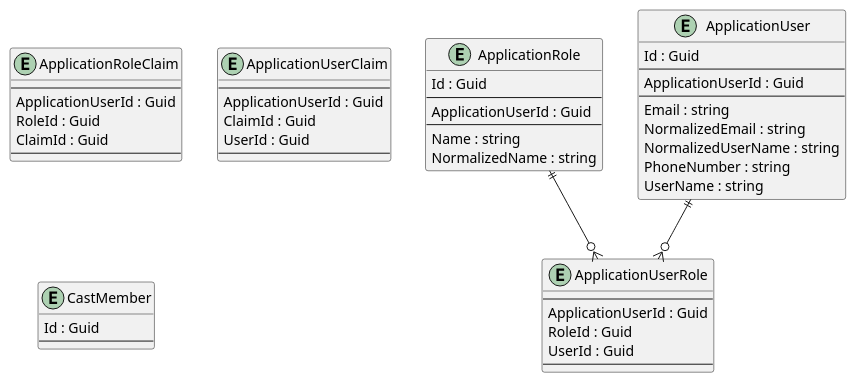
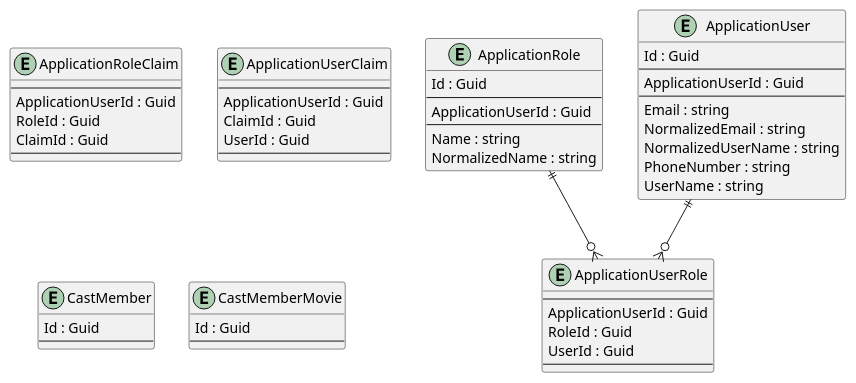
Before and after one commit to intrepion/BlazorWebAppMovies: the diagram in .docs/BlazorWebAppMovies.pu, drawn with PlantUML.

```diff
--- a/.docs/BlazorWebAppMovies.pu
+++ b/.docs/BlazorWebAppMovies.pu
@@ -1,62 +1,69 @@
 @startuml
 
 entity ApplicationRole {
     Id : Guid
     --
     ApplicationUserId : Guid
     --
     Name : string
     NormalizedName : string
 }
 
 entity ApplicationRoleClaim {
     --
     ApplicationUserId : Guid
     RoleId : Guid
     ClaimId : Guid
     --
 }
 
 entity ApplicationUser {
     Id : Guid
     --
     ApplicationUserId : Guid
     --
     Email : string
     NormalizedEmail : string
     NormalizedUserName : string
     PhoneNumber : string
     UserName : string
 }
 
 entity ApplicationUserClaim {
     --
     ApplicationUserId : Guid
     ClaimId : Guid
     UserId : Guid
     --
 }
 
 entity ApplicationUserRole {
     --
     ApplicationUserId : Guid
     RoleId : Guid
     UserId : Guid
     --
 }
 
 entity CastMember {
     Id : Guid
     --
     ' IdCodePlaceholder--
     ' PropertyCodePlaceholder
 }
 
+entity CastMemberMovie {
+    Id : Guid
+    --
+    ' IdCodePlaceholder--
+    ' PropertyCodePlaceholder
+}
+
 ' EntityCodePlaceholder
 
 ApplicationRole ||--o{ ApplicationUserRole
 ApplicationUser ||--o{ ApplicationUserRole
 
 ' RelationshipCodePlaceholder
 
 @enduml
```
